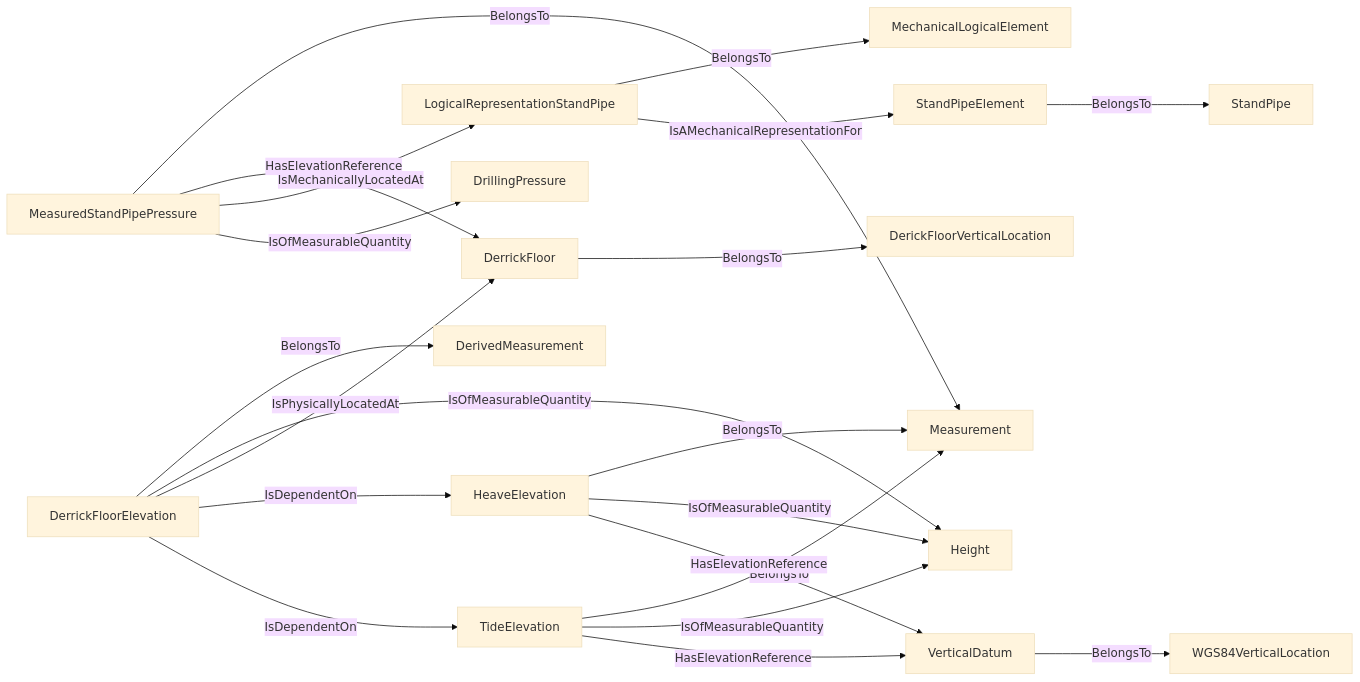
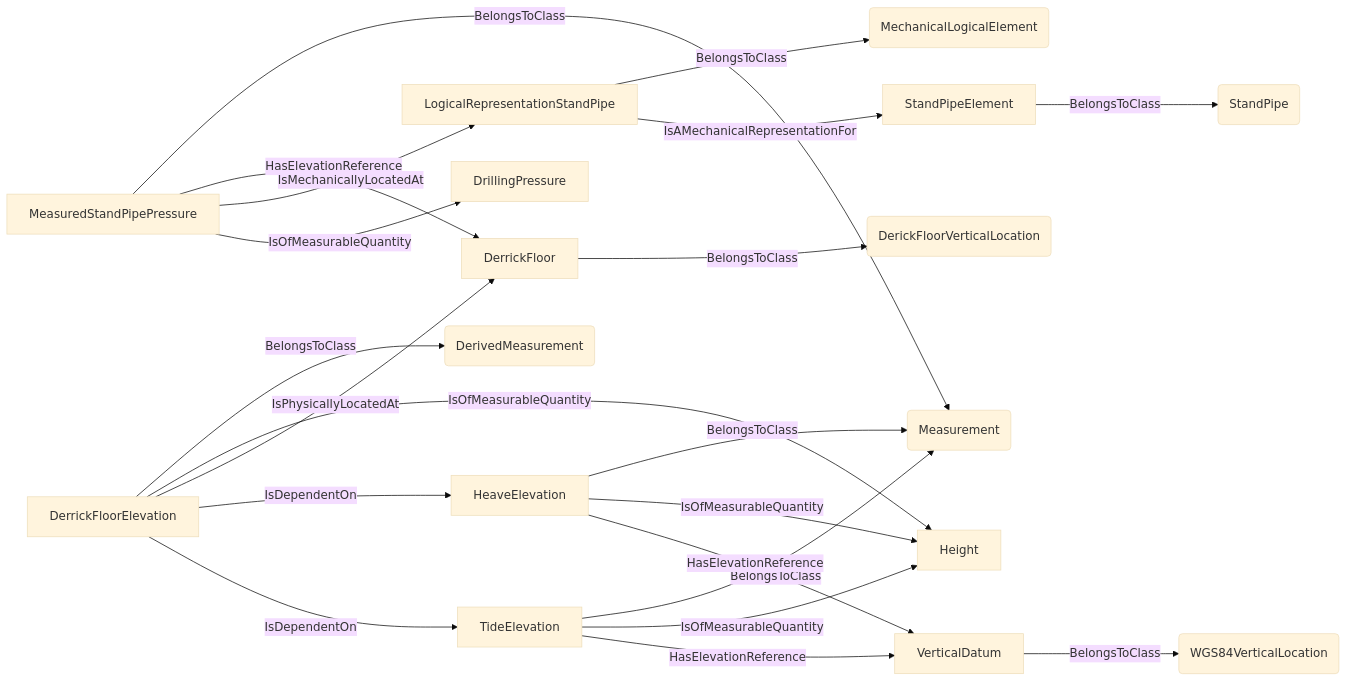
Before and after one commit to D-WIS/DDHub-Semantic-Interoperability: the sixth of 6 diagrams in docs/vocabulary_development/auto-generated/md/definition-files/DataDependencies.md, drawn with Mermaid (base theme). The commit also changed other lines of this file and 10 other files, not shown here.

````diff
--- a/docs/vocabulary_development/auto-generated/md/definition-files/DataDependencies.md
+++ b/docs/vocabulary_development/auto-generated/md/definition-files/DataDependencies.md
@@ -215,23 +215,23 @@
 ```mermaid
 graph LR
-	N0000[MeasuredStandPipePressure] -->|BelongsTo| N0001[Measurement] 
-	N0002[DerrickFloor] -->|BelongsTo| N0003[DerickFloorVerticalLocation] 
-	N0004[DerrickFloorElevation] -->|BelongsTo| N0005[DerivedMeasurement] 
-	N0006[HeaveElevation] -->|BelongsTo| N0001[Measurement] 
-	N0007[TideElevation] -->|BelongsTo| N0001[Measurement] 
-	N0008[StandPipeElement] -->|BelongsTo| N0009[StandPipe] 
-	N0010[LogicalRepresentationStandPipe] -->|BelongsTo| N0011[MechanicalLogicalElement] 
+	N0000[MeasuredStandPipePressure] -->|BelongsToClass| N0001(Measurement) 
+	N0002[DerrickFloor] -->|BelongsToClass| N0003(DerickFloorVerticalLocation) 
+	N0004[DerrickFloorElevation] -->|BelongsToClass| N0005(DerivedMeasurement) 
+	N0006[HeaveElevation] -->|BelongsToClass| N0001(Measurement) 
+	N0007[TideElevation] -->|BelongsToClass| N0001(Measurement) 
+	N0008[StandPipeElement] -->|BelongsToClass| N0009(StandPipe) 
+	N0010[LogicalRepresentationStandPipe] -->|BelongsToClass| N0011(MechanicalLogicalElement) 
 	N0000[MeasuredStandPipePressure] -->|HasElevationReference| N0002[DerrickFloor] 
 	N0010[LogicalRepresentationStandPipe] -->|IsAMechanicalRepresentationFor| N0008[StandPipeElement] 
 	N0000[MeasuredStandPipePressure] -->|IsMechanicallyLocatedAt| N0010[LogicalRepresentationStandPipe] 
 	N0000[MeasuredStandPipePressure] -->|IsOfMeasurableQuantity| N0012[DrillingPressure] 
 	N0004[DerrickFloorElevation] -->|IsOfMeasurableQuantity| N0013[Height] 
 	N0004[DerrickFloorElevation] -->|IsPhysicallyLocatedAt| N0002[DerrickFloor] 
 	N0006[HeaveElevation] -->|IsOfMeasurableQuantity| N0013[Height] 
 	N0007[TideElevation] -->|IsOfMeasurableQuantity| N0013[Height] 
-	N0014[VerticalDatum] -->|BelongsTo| N0015[WGS84VerticalLocation] 
+	N0014[VerticalDatum] -->|BelongsToClass| N0015(WGS84VerticalLocation) 
 	N0006[HeaveElevation] -->|HasElevationReference| N0014[VerticalDatum] 
 	N0007[TideElevation] -->|HasElevationReference| N0014[VerticalDatum] 
 	N0004[DerrickFloorElevation] -->|IsDependentOn| N0006[HeaveElevation] 
 	N0004[DerrickFloorElevation] -->|IsDependentOn| N0007[TideElevation] 
 ```
````
